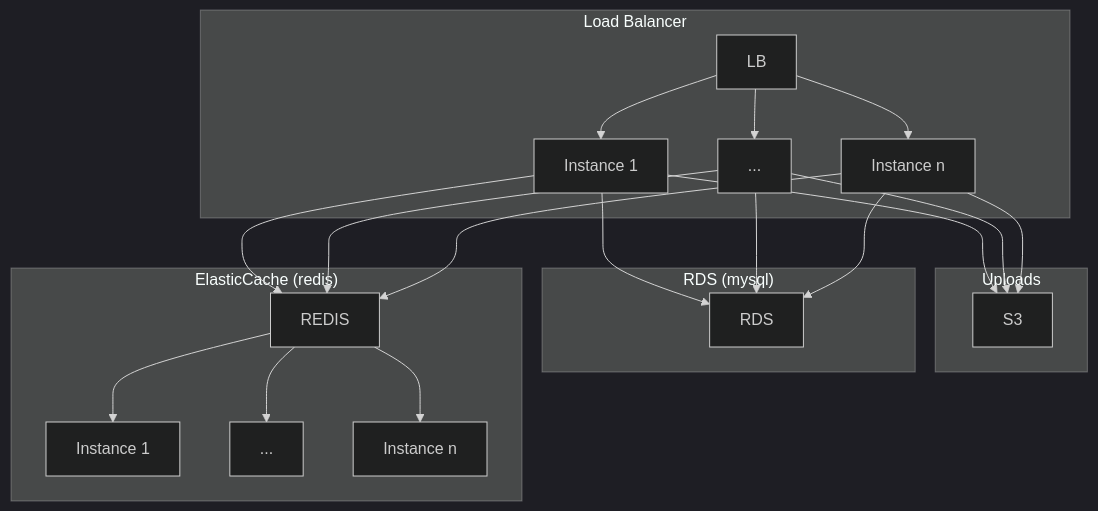
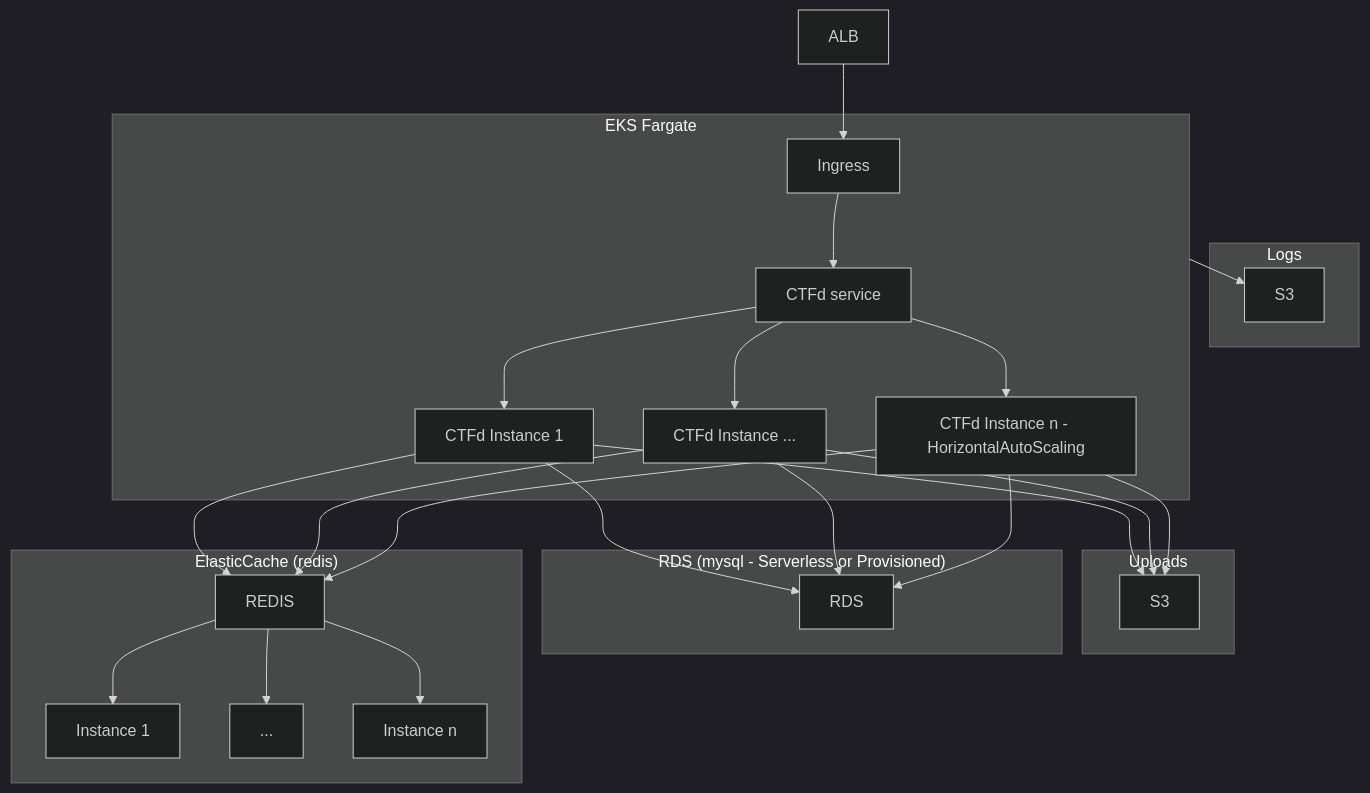
Before and after one commit to 1nval1dctf/terraform-aws-ctfd: the diagram in README.md, drawn with Mermaid (dark theme). The commit also changed other lines of this file and 101 other files, not shown here.

````diff
--- a/README.md
+++ b/README.md
@@ -34,32 +13,40 @@
 ```mermaid
-graph TB
+flowchart TB
 
   subgraph "Uploads"
-    S3[S3]
+    S3Uploads[S3]
   end
 
-  subgraph "RDS (mysql)"
+  subgraph "Logs"
+    S3Logs[S3]
+  end
+
+  subgraph "RDS (mysql -  Serverless or Provisioned)"
     RDS[RDS autoscale]
   end
 
   subgraph "ElasticCache (redis)"
     REDIS[REDIS] --> ElasticCache1[Instance 1]
     REDIS[REDIS] --> ElasticCache[...]
     REDIS[REDIS] --> ElasticCacheN[Instance n]
   end
 
-  subgraph "Load Balancer"
-    LB[LB] --> Instance1[Instance 1]
-    LB[LB] --> Instance[...]
-    LB[LB] --> InstanceN[Instance n]
+  LB[ALB] --> Ingress
+
+  subgraph EKS_Fargate[EKS Fargate]
+    Ingress --> Service[CTFd service]
+    Service --> Instance1[CTFd Instance 1]
+    Service --> Instance[CTFd Instance ...]
+    Service --> InstanceN[CTFd Instance n - HorizontalAutoScaling]
     Instance1 --> RDS[RDS]
-    Instance --> RDS[RDS]
-    InstanceN --> RDS[RDS]
+    Instance --> RDS
+    InstanceN --> RDS
     Instance1 --> REDIS[REDIS]
-    Instance --> REDIS[REDIS]
-    InstanceN --> REDIS[REDIS]
-    Instance1 --> S3[S3]
-    Instance --> S3[S3]
-    InstanceN --> S3[S3]
+    Instance --> REDIS
+    InstanceN --> REDIS
+    Instance1 --> S3Uploads
+    Instance --> S3Uploads
+    InstanceN --> S3Uploads
     end
+  EKS_Fargate --> S3Logs
 ```
````
